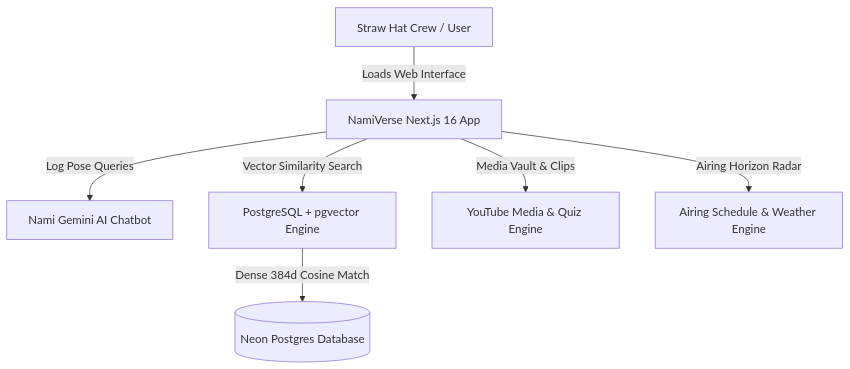
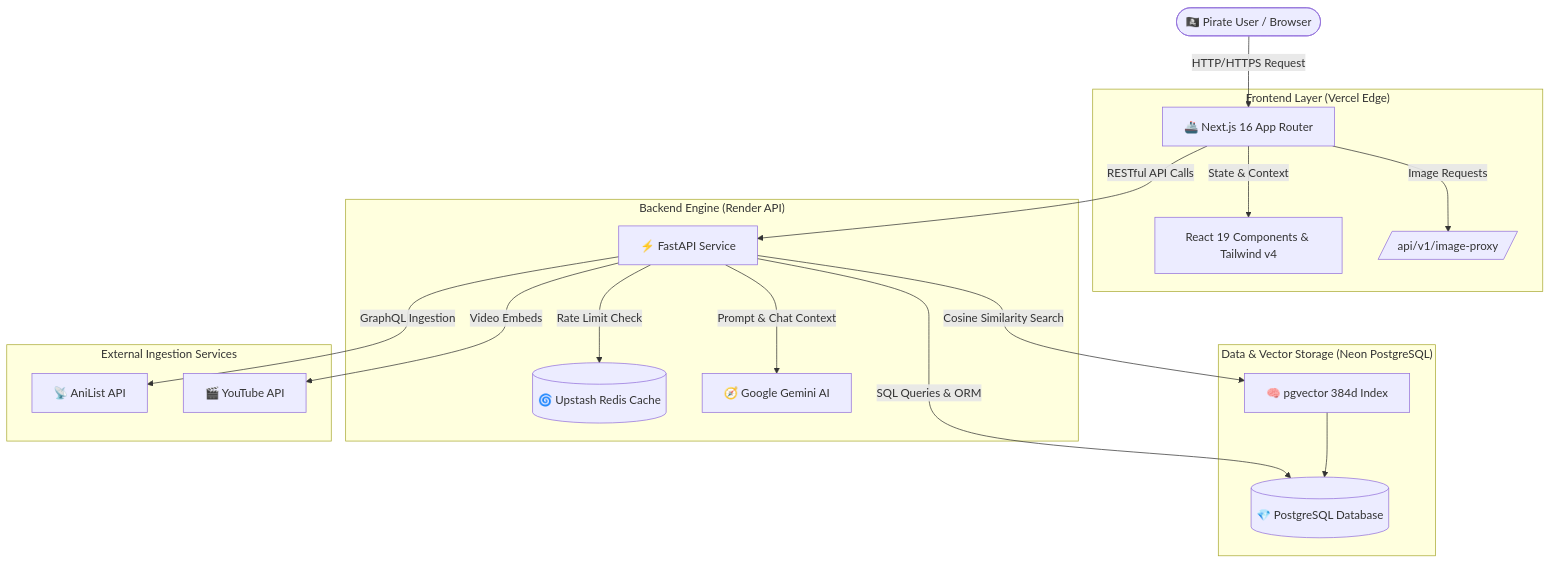
The diagram in README.md (Aabhash-19/AniVerse), drawn with Mermaid before and after one commit. The commit also changed other lines of this file, not shown here.

Commit message:
docs: update README.md with comprehensive Nami-centric master guide

````diff
--- a/README.md
+++ b/README.md
@@ -47,9 +153,26 @@
 ```mermaid
 graph TD
-    User[Straw Hat Crew / User] -->|Loads Web Interface| Web[NamiVerse Next.js 16 App]
-    Web -->|Log Pose Queries| Chat[Nami Gemini AI Chatbot]
-    Web -->|Vector Similarity Search| Vector[PostgreSQL + pgvector Engine]
-    Web -->|Media Vault & Clips| Vault[YouTube Media & Quiz Engine]
-    Web -->|Airing Horizon Radar| Radar[Airing Schedule & Weather Engine]
-    Vector -->|Dense 384d Cosine Match| DB[(Neon Postgres Database)]
+    User([🏴‍☠️ Pirate User / Browser]) -->|HTTP/HTTPS Request| Web[🚢 Next.js 16 App Router]
+    
+    subgraph "Frontend Layer (Vercel Edge)"
+        Web -->|State & Context| UI[React 19 Components & Tailwind v4]
+        Web -->|Image Requests| Proxy[/api/v1/image-proxy/]
+    end
+    
+    subgraph "Backend Engine (Render API)"
+        Web -->|RESTful API Calls| API[⚡ FastAPI Service]
+        API -->|Rate Limit Check| Redis[(🌀 Upstash Redis Cache)]
+        API -->|Prompt & Chat Context| Gemini[🧭 Google Gemini AI]
+    end
+    
+    subgraph "Data & Vector Storage (Neon PostgreSQL)"
+        API -->|SQL Queries & ORM| DB[(💎 PostgreSQL Database)]
+        API -->|Cosine Similarity Search| Vector[🧠 pgvector 384d Index]
+        Vector --> DB
+    end
+    
+    subgraph "External Ingestion Services"
+        API -->|GraphQL Ingestion| AniList[📡 AniList API]
+        API -->|Video Embeds| YouTube[🎬 YouTube API]
+    end
 ```
````
